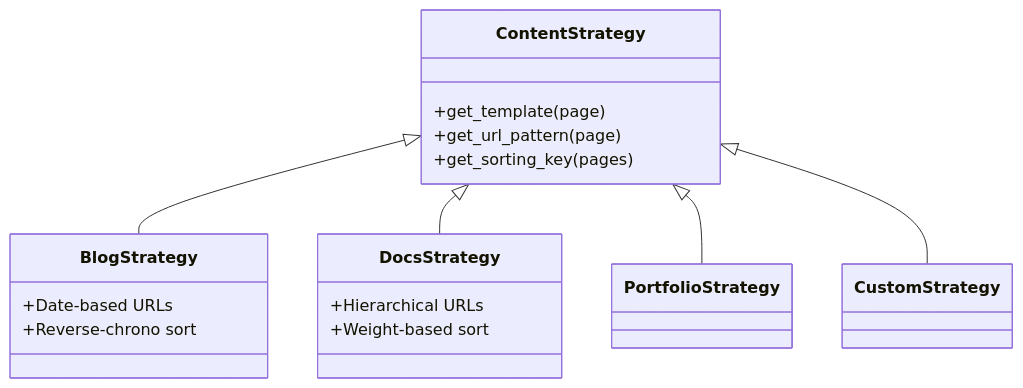
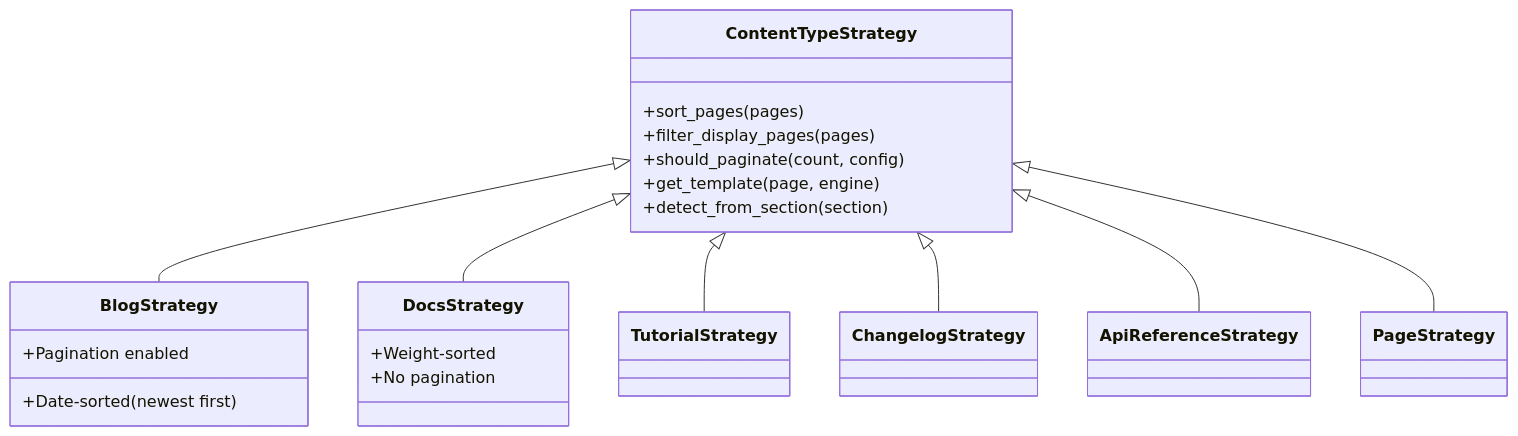
One commit to lbliii/bengal changed the diagram in site/content/docs/reference/architecture/core/content-types.md. Above: the diagram before and after it, drawn with Mermaid. The commit also changed other lines of this file, not shown here.

First line of the commit message:
docs(architecture): rewrite content-types.md to match actual implementation

````diff
--- a/site/content/docs/reference/architecture/core/content-types.md
+++ b/site/content/docs/reference/architecture/core/content-types.md
@@ -30,23 +28,27 @@
 ```mermaid
 classDiagram
-    ContentStrategy <|-- BlogStrategy
-    ContentStrategy <|-- DocsStrategy
-    ContentStrategy <|-- PortfolioStrategy
-    ContentStrategy <|-- CustomStrategy
+    ContentTypeStrategy <|-- BlogStrategy
+    ContentTypeStrategy <|-- DocsStrategy
+    ContentTypeStrategy <|-- TutorialStrategy
+    ContentTypeStrategy <|-- ChangelogStrategy
+    ContentTypeStrategy <|-- ApiReferenceStrategy
+    ContentTypeStrategy <|-- PageStrategy
 
-    class ContentStrategy {
-        +get_template(page)
-        +get_url_pattern(page)
-        +get_sorting_key(pages)
+    class ContentTypeStrategy {
+        +sort_pages(pages)
+        +filter_display_pages(pages)
+        +should_paginate(count, config)
+        +get_template(page, engine)
+        +detect_from_section(section)
     }
 
     class BlogStrategy {
-        +Date-based URLs
-        +Reverse-chrono sort
+        +Date-sorted (newest first)
+        +Pagination enabled
     }
 
     class DocsStrategy {
-        +Hierarchical URLs
-        +Weight-based sort
+        +Weight-sorted
+        +No pagination
     }
 ```
````
